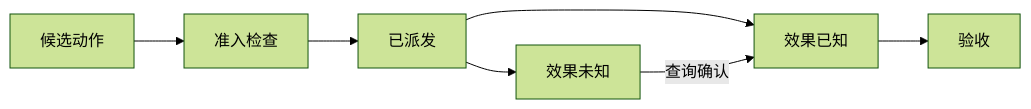
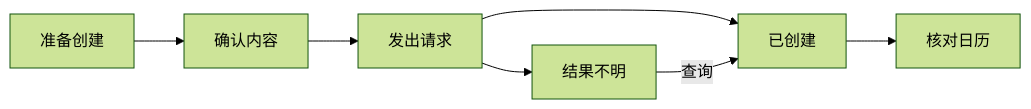
Before and after one commit to Mar-garet/agent-book: the diagram in book/12-action-boundaries.md, drawn with Mermaid (forest theme). The commit also changed other lines of this file and 27 other files, not shown here.

````diff
--- a/book/12-action-boundaries.md
+++ b/book/12-action-boundaries.md
@@ -55,10 +33,10 @@
 ```mermaid
-%% 暂停与超时都要落回已掌握的证据
+%% 先分清动作到了哪里
 flowchart LR
-    A[候选动作] --> B[准入检查]
-    B --> C[已派发]
-    C --> D[效果未知]
-    C --> E[效果已知]
-    D -->|查询确认| E
-    E --> F[验收]
+    A[准备创建] --> B[确认内容]
+    B --> C[发出请求]
+    C --> D[结果不明]
+    C --> E[已创建]
+    D -->|查询| E
+    E --> F[核对日历]
 ```
````
